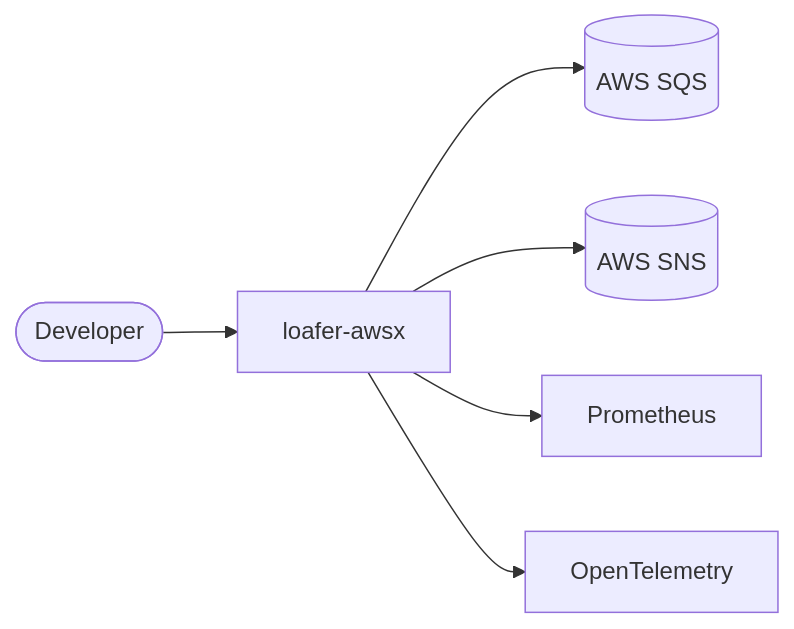
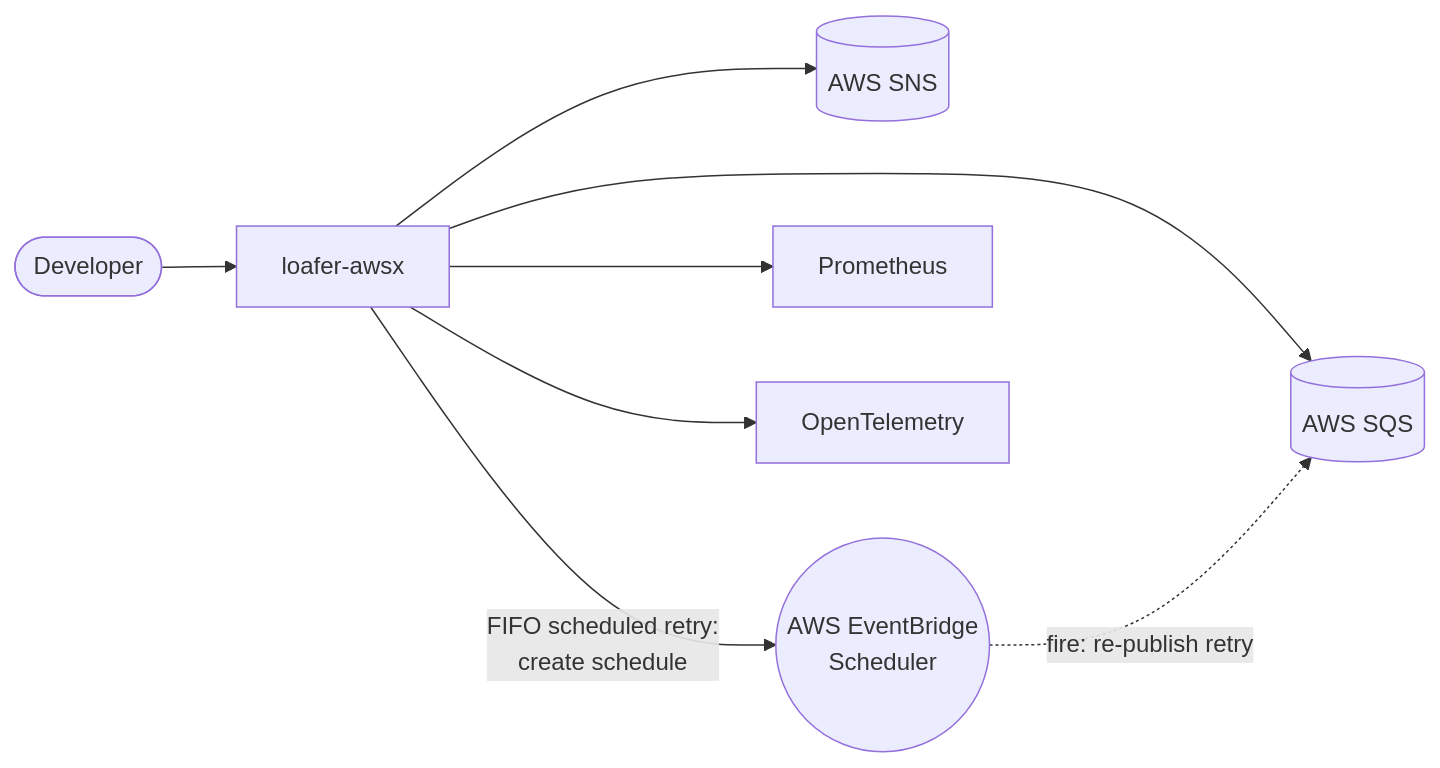
The first of 3 diagrams in README.md (silviolleite/loafer-awsx), drawn with Mermaid before and after one commit. The commit also changed other lines of this file, not shown here.

First line of the commit message:
docs: document client constructors for SQS, SNS, and scheduler

````diff
--- a/README.md
+++ b/README.md
@@ -50,15 +52,18 @@
 ```mermaid
 flowchart LR
     dev([Developer])
     loafer[loafer-awsx]
     sqs[(AWS SQS)]
     sns[(AWS SNS)]
+    ebs((AWS EventBridge<br/>Scheduler))
     prom[Prometheus]
     otel[OpenTelemetry]
 
     dev --> loafer
     loafer --> sqs
     loafer --> sns
+    loafer -->|FIFO scheduled retry:<br/>create schedule| ebs
+    ebs -.->|fire: re-publish retry| sqs
     loafer --> prom
     loafer --> otel
 ```
````
